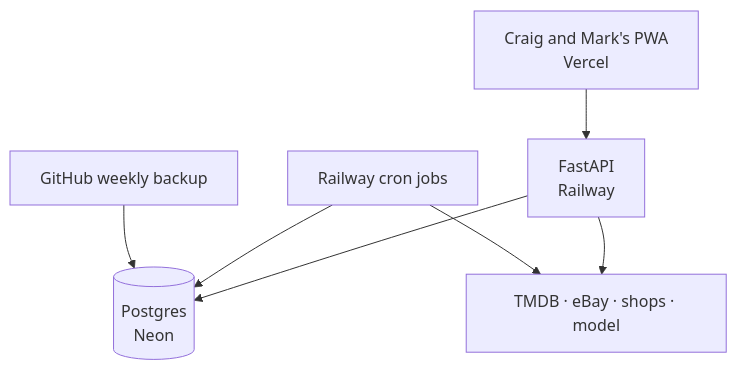
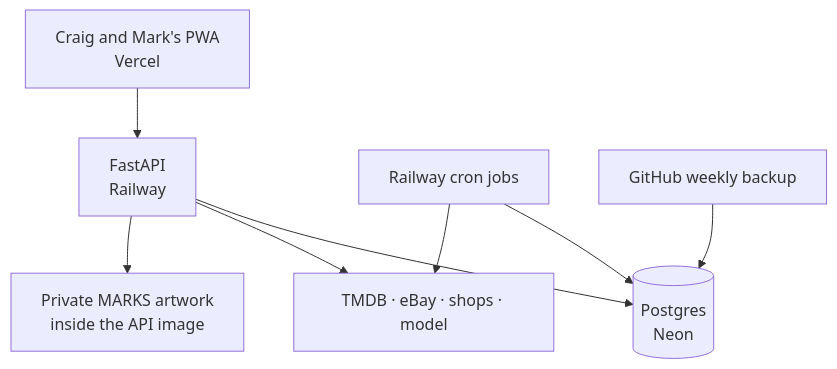
Before and after one commit to CraigR973/mcu-app: the first of 3 diagrams in docs/architecture-map.md, drawn with Mermaid. The commit also changed other lines of this file and 3 other files, not shown here.

````diff
--- a/docs/architecture-map.md
+++ b/docs/architecture-map.md
@@ -6,9 +6,10 @@
 ```mermaid
 flowchart TB
     Phone[Craig and Mark's PWA<br/>Vercel] --> API[FastAPI<br/>Railway]
     API --> DB[(Postgres<br/>Neon)]
     API --> Providers[TMDB · eBay · shops · model]
+    API --> Artwork[Private MARKS artwork<br/>inside the API image]
     Jobs[Railway cron jobs] --> DB
     Jobs --> Providers
     Backup[GitHub weekly backup] --> DB
 ```
````
